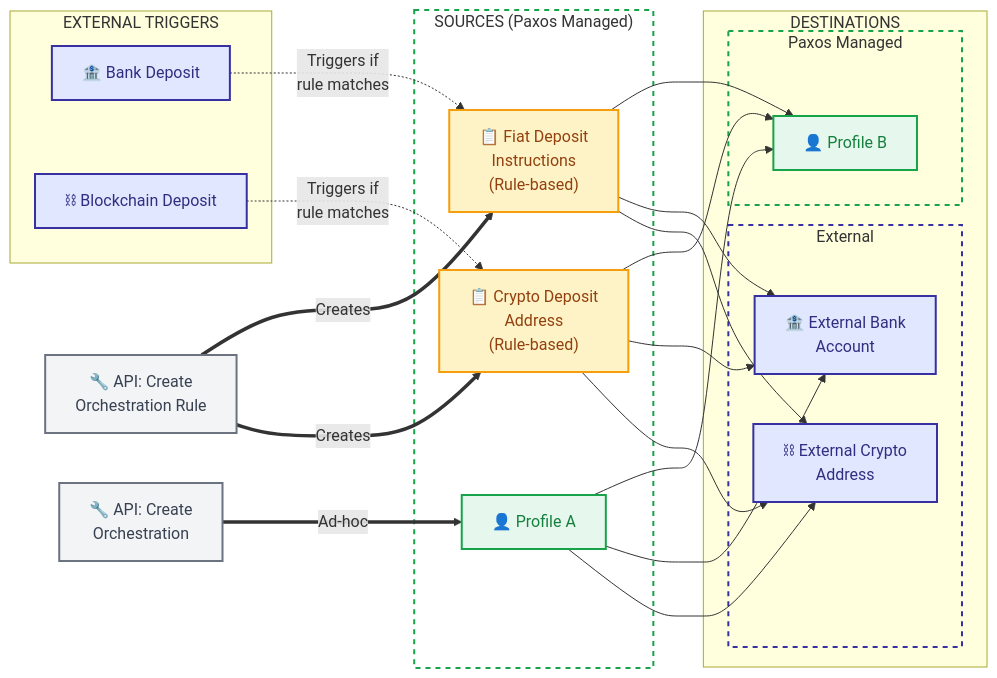
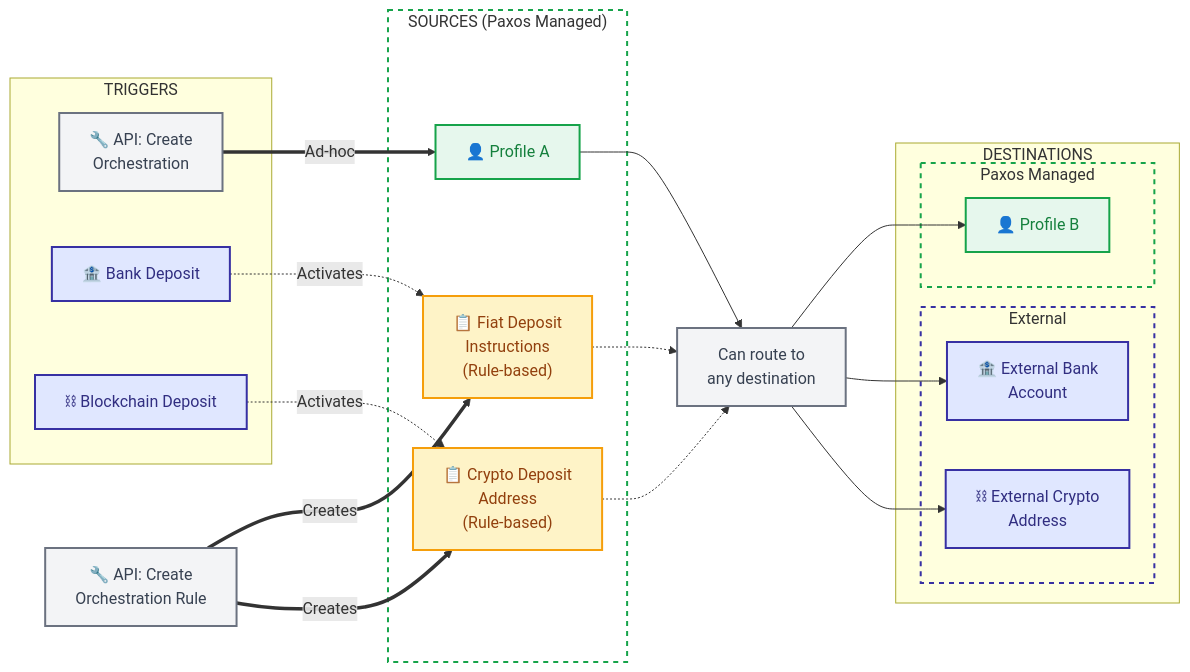
The first of 2 diagrams in guides/developer/orchestrations/orchestrations.mdx (paxosglobal/docs-mintlify), drawn with Mermaid before and after one commit. The commit also changed other lines of this file and 6 other files, not shown here.

````diff
--- a/guides/developer/orchestrations/orchestrations.mdx
+++ b/guides/developer/orchestrations/orchestrations.mdx
@@ -21,65 +21,68 @@
 ```mermaid
 graph LR
     %% Color scheme
     classDef profile fill:#e6f7ed,stroke:#16a34a,stroke-width:2px,color:#15803d
     classDef ruleSource fill:#fef3c7,stroke:#f59e0b,stroke-width:2px,color:#92400e
     classDef external fill:#e0e7ff,stroke:#3730a3,stroke-width:2px,color:#312e81
     classDef apiCall fill:#f3f4f6,stroke:#6b7280,stroke-width:2px,color:#374151
     classDef paxosBox fill:transparent,stroke:#16a34a,stroke-width:2px,stroke-dasharray:5
     classDef externalBox fill:transparent,stroke:#3730a3,stroke-width:2px,stroke-dasharray:5
+    classDef hidden fill:transparent,stroke:transparent,color:transparent
     
-    subgraph triggers["EXTERNAL TRIGGERS"]
+    subgraph triggers["TRIGGERS"]
+        CreateOrch["🔧 API: Create<br/>Orchestration"]:::apiCall
         ExtFiat["🏦 Bank Deposit"]:::external
         ExtCrypto["⛓ Blockchain Deposit"]:::external
     end
     
     subgraph sources["SOURCES (Paxos Managed)"]
+        %% Invisible spacer to prevent Profile A from overlapping with the subgraph label
+        spacer[" "]:::hidden
         ProfileA["👤 Profile A"]:::profile
         FiatInstr["📋 Fiat Deposit<br/>Instructions<br/>(Rule-based)"]:::ruleSource
         CryptoInstr["📋 Crypto Deposit<br/>Address<br/>(Rule-based)"]:::ruleSource
     end
     
     subgraph destinations["DESTINATIONS"]
         subgraph paxosDest["Paxos Managed"]
             ProfileB["👤 Profile B"]:::profile
         end
         
         subgraph extDest["External"]
             ExtBank["🏦 External Bank<br/>Account"]:::external
             ExtCryptoAddr["⛓ External Crypto<br/>Address"]:::external
         end
     end
     
-    %% API Calls
+    %% API Call for rules (shown separately)
     CreateRule["🔧 API: Create<br/>Orchestration Rule"]:::apiCall
-    CreateOrch["🔧 API: Create<br/>Orchestration"]:::apiCall
     
     %% Rule creation flow
     CreateRule ==>|"Creates"| FiatInstr
     CreateRule ==>|"Creates"| CryptoInstr
     
-    %% External triggers to rule-based sources
-    ExtFiat -.->|"Triggers if<br/>rule matches"| FiatInstr
-    ExtCrypto -.->|"Triggers if<br/>rule matches"| CryptoInstr
+    %% External triggers activate rules
+    ExtFiat -.->|"Activates"| FiatInstr
+    ExtCrypto -.->|"Activates"| CryptoInstr
     
     %% Ad-hoc orchestration trigger
     CreateOrch ==>|"Ad-hoc"| ProfileA
     
-    %% All sources to all destinations
-    ProfileA --> ProfileB
-    ProfileA --> ExtBank
-    ProfileA --> ExtCryptoAddr
+    %% Central routing node
+    Router["Can route to<br/>any destination"]:::apiCall
     
-    FiatInstr --> ProfileB
-    FiatInstr --> ExtBank
-    FiatInstr --> ExtCryptoAddr
+    %% Sources to router
+    ProfileA --> Router
+    FiatInstr -.-> Router
+    CryptoInstr -.-> Router
     
-    CryptoInstr --> ProfileB
-    CryptoInstr --> ExtBank
-    CryptoInstr --> ExtCryptoAddr
+    %% Router to all destinations
+    Router --> ProfileB
+    Router --> ExtBank
+    Router --> ExtCryptoAddr
     
     %% Style the subgraphs
     class sources paxosBox
     class paxosDest paxosBox
     class extDest externalBox
 ```
````
